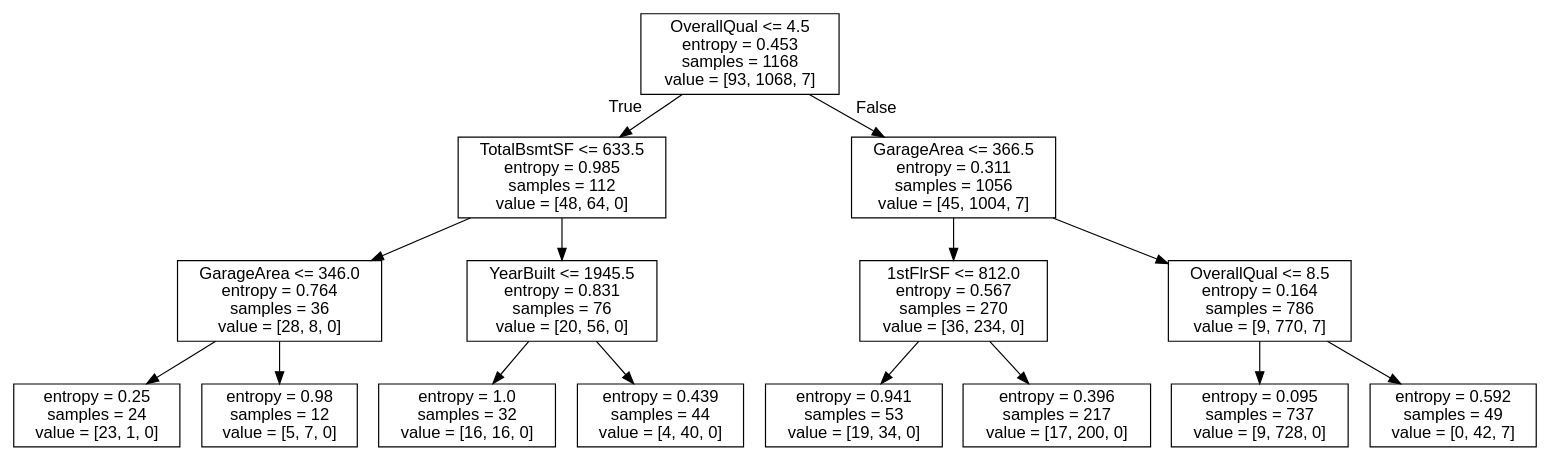
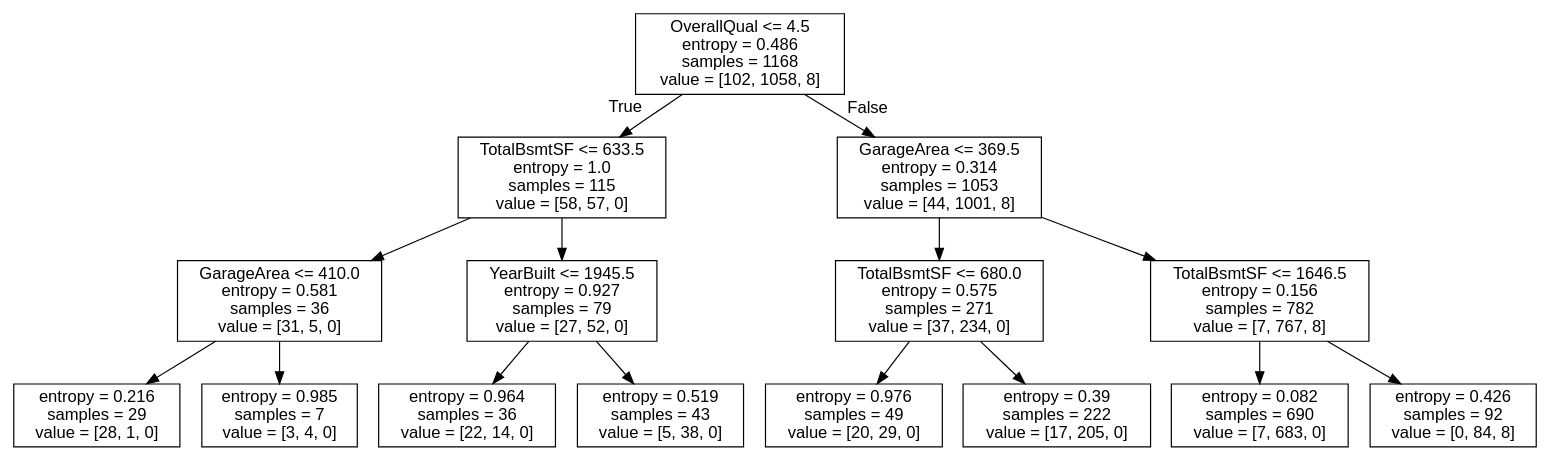
One commit to genomorro/unir changed the diagram in out/dtc.dot. Above: the diagram before and after it, drawn with Graphviz. The commit also changed 2 other files, not shown here.

```diff
--- a/out/dtc.dot
+++ b/out/dtc.dot
@@ -1,33 +1,33 @@
 digraph Tree {
 node [shape=box, fontname="helvetica"] ;
 edge [fontname="helvetica"] ;
-0 [label="OverallQual <= 4.5\nentropy = 0.453\nsamples = 1168\nvalue = [93, 1068, 7]"] ;
-1 [label="TotalBsmtSF <= 633.5\nentropy = 0.985\nsamples = 112\nvalue = [48, 64, 0]"] ;
+0 [label="OverallQual <= 4.5\nentropy = 0.486\nsamples = 1168\nvalue = [102, 1058, 8]"] ;
+1 [label="TotalBsmtSF <= 633.5\nentropy = 1.0\nsamples = 115\nvalue = [58, 57, 0]"] ;
 0 -> 1 [labeldistance=2.5, labelangle=45, headlabel="True"] ;
-2 [label="GarageArea <= 346.0\nentropy = 0.764\nsamples = 36\nvalue = [28, 8, 0]"] ;
+2 [label="GarageArea <= 410.0\nentropy = 0.581\nsamples = 36\nvalue = [31, 5, 0]"] ;
 1 -> 2 ;
-3 [label="entropy = 0.25\nsamples = 24\nvalue = [23, 1, 0]"] ;
+3 [label="entropy = 0.216\nsamples = 29\nvalue = [28, 1, 0]"] ;
 2 -> 3 ;
-4 [label="entropy = 0.98\nsamples = 12\nvalue = [5, 7, 0]"] ;
+4 [label="entropy = 0.985\nsamples = 7\nvalue = [3, 4, 0]"] ;
 2 -> 4 ;
-5 [label="YearBuilt <= 1945.5\nentropy = 0.831\nsamples = 76\nvalue = [20, 56, 0]"] ;
+5 [label="YearBuilt <= 1945.5\nentropy = 0.927\nsamples = 79\nvalue = [27, 52, 0]"] ;
 1 -> 5 ;
-6 [label="entropy = 1.0\nsamples = 32\nvalue = [16, 16, 0]"] ;
+6 [label="entropy = 0.964\nsamples = 36\nvalue = [22, 14, 0]"] ;
 5 -> 6 ;
-7 [label="entropy = 0.439\nsamples = 44\nvalue = [4, 40, 0]"] ;
+7 [label="entropy = 0.519\nsamples = 43\nvalue = [5, 38, 0]"] ;
 5 -> 7 ;
-8 [label="GarageArea <= 366.5\nentropy = 0.311\nsamples = 1056\nvalue = [45, 1004, 7]"] ;
+8 [label="GarageArea <= 369.5\nentropy = 0.314\nsamples = 1053\nvalue = [44, 1001, 8]"] ;
 0 -> 8 [labeldistance=2.5, labelangle=-45, headlabel="False"] ;
-9 [label="1stFlrSF <= 812.0\nentropy = 0.567\nsamples = 270\nvalue = [36, 234, 0]"] ;
+9 [label="TotalBsmtSF <= 680.0\nentropy = 0.575\nsamples = 271\nvalue = [37, 234, 0]"] ;
 8 -> 9 ;
-10 [label="entropy = 0.941\nsamples = 53\nvalue = [19, 34, 0]"] ;
+10 [label="entropy = 0.976\nsamples = 49\nvalue = [20, 29, 0]"] ;
 9 -> 10 ;
-11 [label="entropy = 0.396\nsamples = 217\nvalue = [17, 200, 0]"] ;
+11 [label="entropy = 0.39\nsamples = 222\nvalue = [17, 205, 0]"] ;
 9 -> 11 ;
-12 [label="OverallQual <= 8.5\nentropy = 0.164\nsamples = 786\nvalue = [9, 770, 7]"] ;
+12 [label="TotalBsmtSF <= 1646.5\nentropy = 0.156\nsamples = 782\nvalue = [7, 767, 8]"] ;
 8 -> 12 ;
-13 [label="entropy = 0.095\nsamples = 737\nvalue = [9, 728, 0]"] ;
+13 [label="entropy = 0.082\nsamples = 690\nvalue = [7, 683, 0]"] ;
 12 -> 13 ;
-14 [label="entropy = 0.592\nsamples = 49\nvalue = [0, 42, 7]"] ;
+14 [label="entropy = 0.426\nsamples = 92\nvalue = [0, 84, 8]"] ;
 12 -> 14 ;
 }
```
